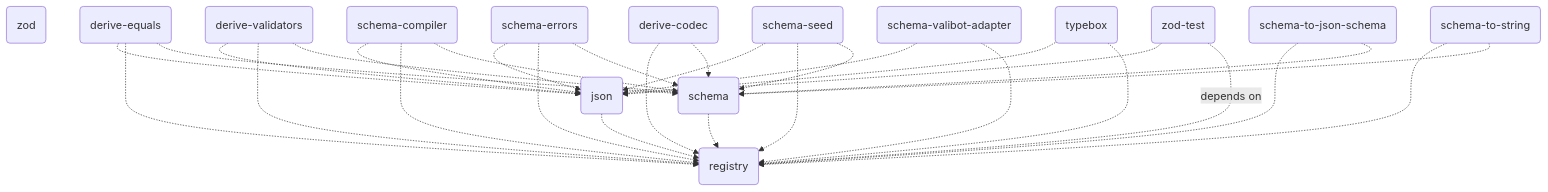
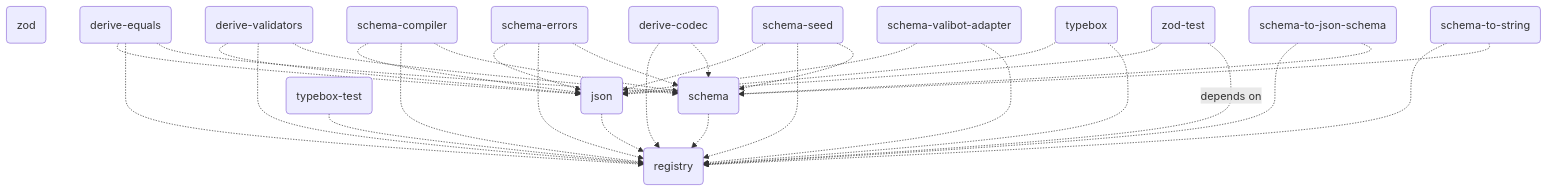
One commit to traversable/schema changed the diagram in README.md. Above: the diagram before and after it, drawn with Mermaid. The commit also changed 25 other files, not shown here.

Commit message:
init(typebox-test): initializes `@traversable/typebox-test` package

````diff
--- a/README.md
+++ b/README.md
@@ -497,34 +497,35 @@
 ```mermaid
 flowchart TD
     registry(registry)
     zod(zod)
     json(json) -.-> registry(registry)
     schema(schema) -.-> registry(registry)
+    typebox-test(typebox-test) -.-> registry(registry)
     derive-codec(derive-codec) -.-> registry(registry)
     derive-codec(derive-codec) -.-> schema(schema)
     derive-equals(derive-equals) -.-> json(json)
     derive-equals(derive-equals) -.-> registry(registry)
     derive-equals(derive-equals) -.-> schema(schema)
     derive-validators(derive-validators) -.-> json(json)
     derive-validators(derive-validators) -.-> registry(registry)
     derive-validators(derive-validators) -.-> schema(schema)
     schema-compiler(schema-compiler) -.-> json(json)
     schema-compiler(schema-compiler) -.-> registry(registry)
     schema-compiler(schema-compiler) -.-> schema(schema)
     schema-errors(schema-errors) -.-> json(json)
     schema-errors(schema-errors) -.-> registry(registry)
     schema-errors(schema-errors) -.-> schema(schema)
     schema-seed(schema-seed) -.-> json(json)
     schema-seed(schema-seed) -.-> registry(registry)
     schema-seed(schema-seed) -.-> schema(schema)
     schema-to-json-schema(schema-to-json-schema) -.-> registry(registry)
     schema-to-json-schema(schema-to-json-schema) -.-> schema(schema)
     schema-to-string(schema-to-string) -.-> registry(registry)
     schema-to-string(schema-to-string) -.-> schema(schema)
     schema-valibot-adapter(schema-valibot-adapter) -.-> json(json)
     schema-valibot-adapter(schema-valibot-adapter) -.-> registry(registry)
     typebox(typebox) -.-> json(json)
     typebox(typebox) -.-> registry(registry)
     zod-test(zod-test) -.-> json(json)
     zod-test(zod-test) -.depends on.-> registry(registry)
 ```
````
